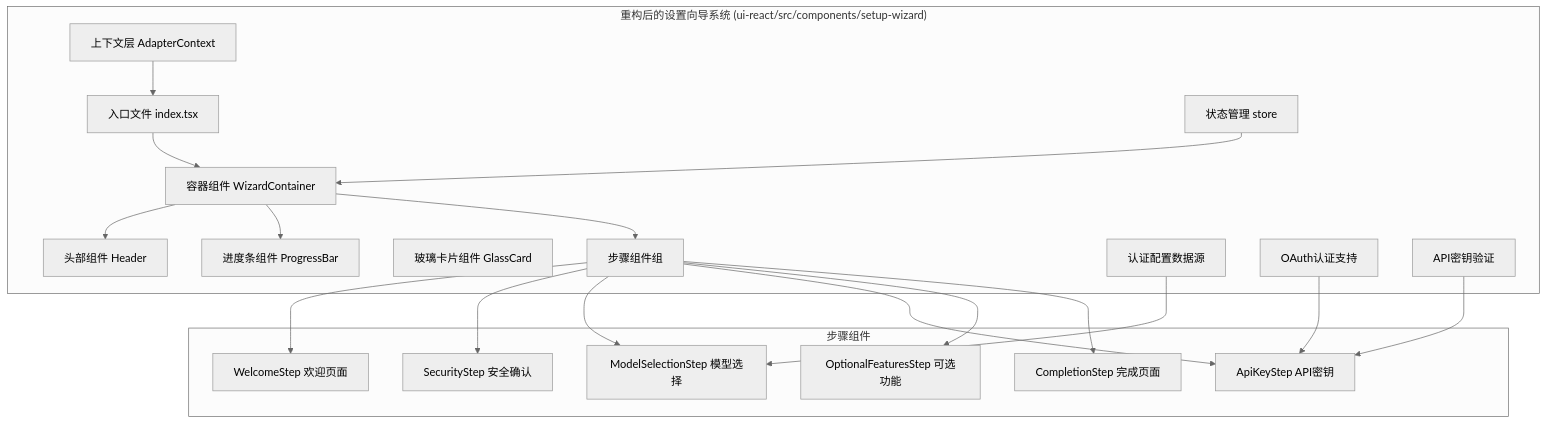
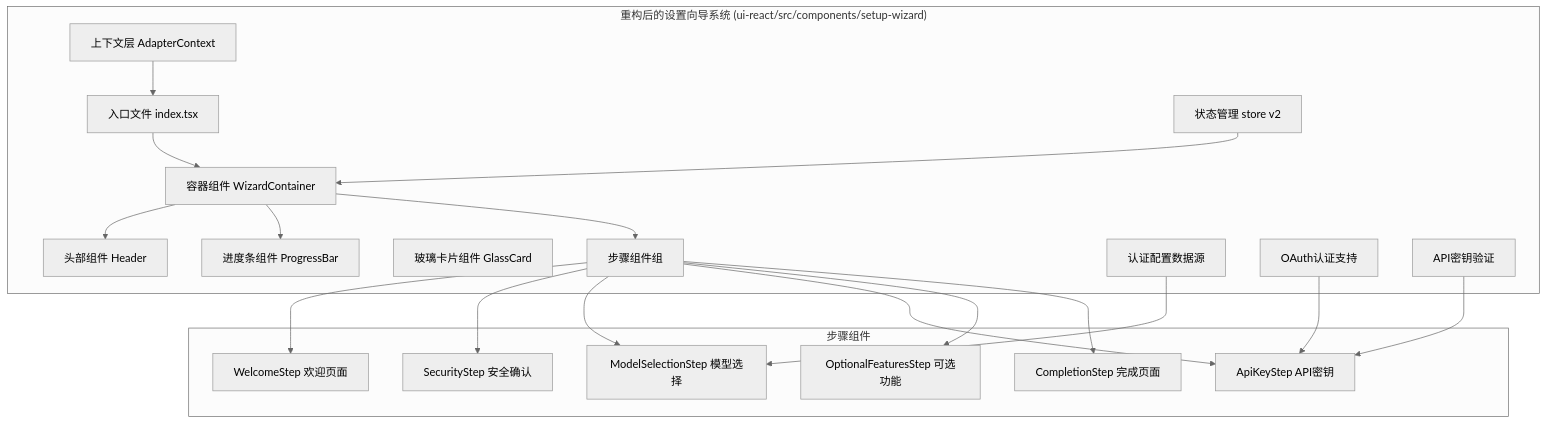
Before and after one commit to verse-ai-org/openclaw: the first of 10 diagrams in .qoder/repowiki/zh/content/开发者指南/设置向导系统.md, drawn with Mermaid (neutral theme). The commit also changed other lines of this file and 19 other files, not shown here.

````diff
--- a/.qoder/repowiki/zh/content/开发者指南/设置向导系统.md
+++ b/.qoder/repowiki/zh/content/开发者指南/设置向导系统.md
@@ -57,39 +56,39 @@
 ```mermaid
 graph TB
 subgraph "重构后的设置向导系统 (ui-react/src/components/setup-wizard)"
 A[入口文件 index.tsx]
 B[容器组件 WizardContainer]
 C[头部组件 Header]
 D[进度条组件 ProgressBar]
 E[玻璃卡片组件 GlassCard]
 F[步骤组件组]
 G[上下文层 AdapterContext]
-H[状态管理 store]
+H[状态管理 store v2]
 I[认证配置数据源]
 J[OAuth认证支持]
 K[API密钥验证]
 end
 subgraph "步骤组件"
 F1[WelcomeStep 欢迎页面]
 F2[SecurityStep 安全确认]
 F3[ModelSelectionStep 模型选择]
 F4[ApiKeyStep API密钥]
 F5[OptionalFeaturesStep 可选功能]
 F6[CompletionStep 完成页面]
 end
 A --> B
 B --> C
 B --> D
 B --> F
 G --> A
 H --> B
 I --> F3
 J --> F4
 K --> F4
 F --> F1
 F --> F2
 F --> F3
 F --> F4
 F --> F5
 F --> F6
 ```
````
